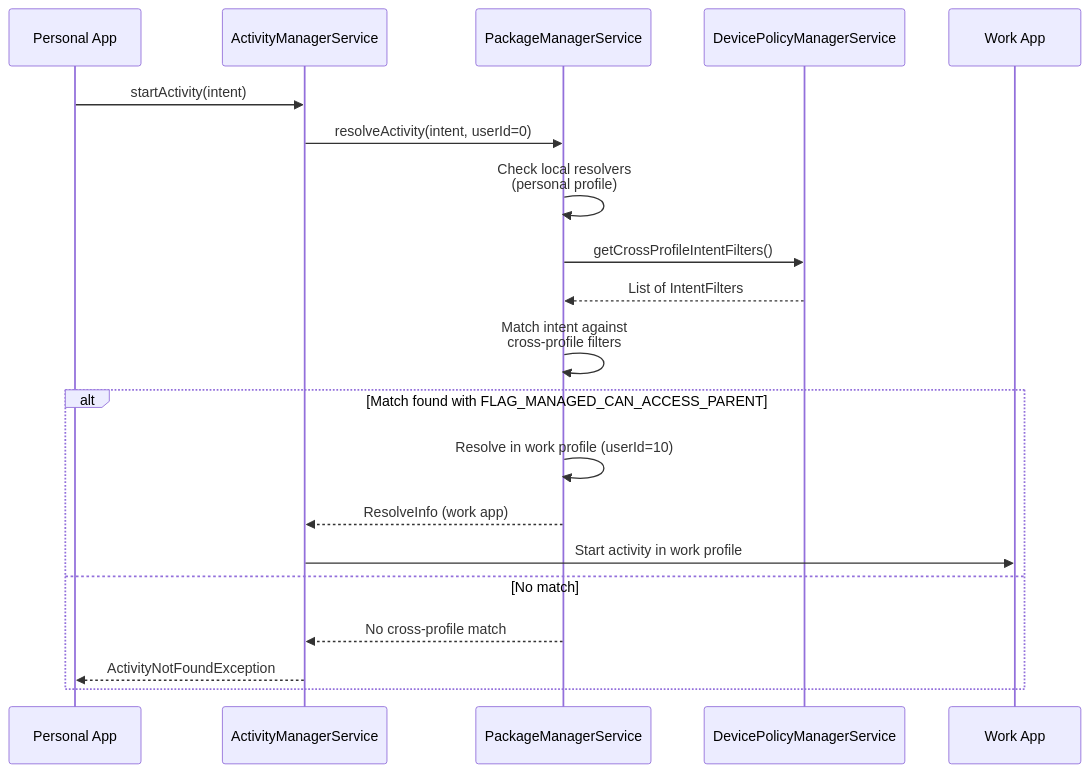
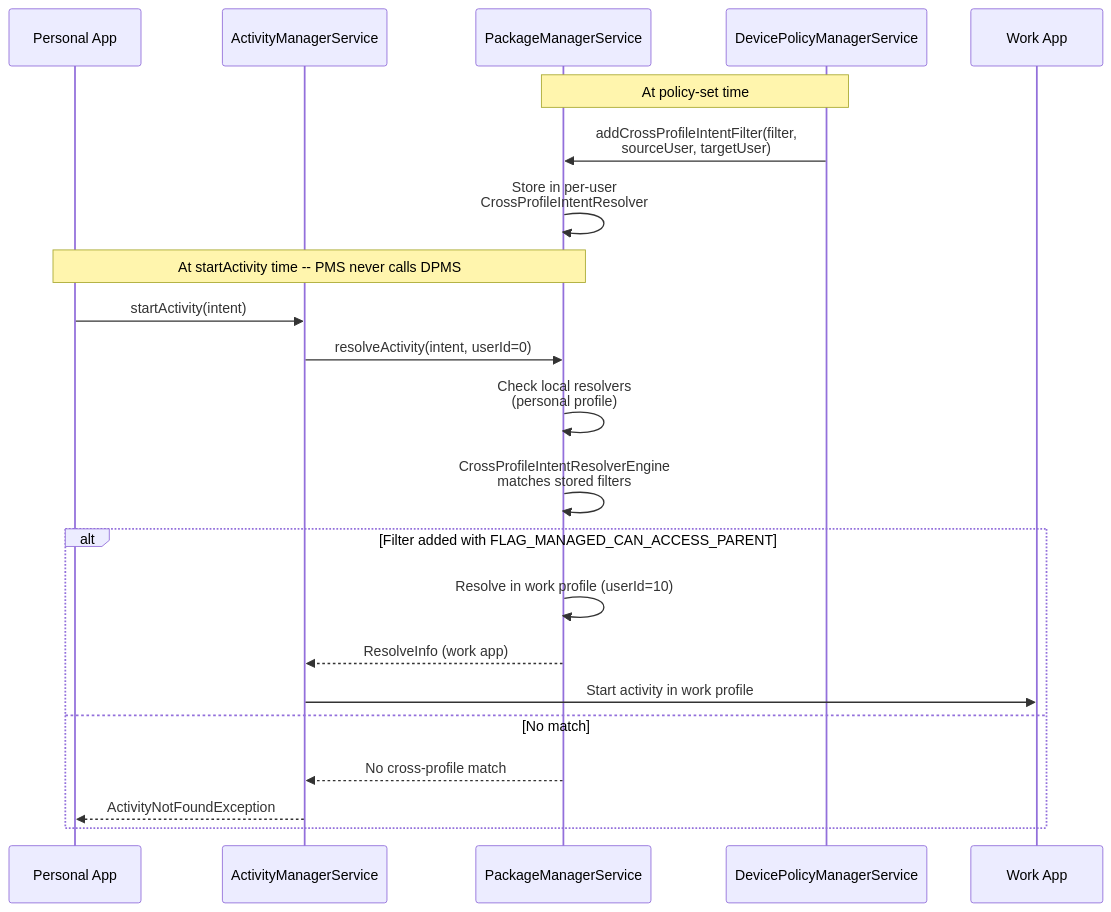
Before and after one commit to aospbooks/aosp-internal-book: diagram 24 of 30 in agents/claude/skills/aosp-device-support/61-device-policy.md, drawn with Mermaid. The commit also changed other lines of this file and 218 other files, not shown here.

First line of the commit message:
Fix accuracy issues across all chapters found by source verification

````diff
--- a/agents/claude/skills/aosp-device-support/61-device-policy.md
+++ b/agents/claude/skills/aosp-device-support/61-device-policy.md
@@ -2506,27 +2540,29 @@
 ```mermaid
 sequenceDiagram
     participant PA as Personal App
     participant AMS as ActivityManagerService
     participant PMS as PackageManagerService
     participant DPMS as DevicePolicyManagerService
     participant WA as Work App
 
+    Note over DPMS,PMS: At policy-set time
+    DPMS->>PMS: addCrossProfileIntentFilter(filter,<br/>sourceUser, targetUser)
+    PMS->>PMS: Store in per-user<br/>CrossProfileIntentResolver
+
+    Note over PA,PMS: At startActivity time -- PMS never calls DPMS
     PA->>AMS: startActivity(intent)
     AMS->>PMS: resolveActivity(intent, userId=0)
 
     PMS->>PMS: Check local resolvers<br/>(personal profile)
 
-    PMS->>DPMS: getCrossProfileIntentFilters()
-    DPMS-->>PMS: List of IntentFilters
+    PMS->>PMS: CrossProfileIntentResolverEngine<br/>matches stored filters
 
-    PMS->>PMS: Match intent against<br/>cross-profile filters
-
-    alt Match found with FLAG_MANAGED_CAN_ACCESS_PARENT
+    alt Filter added with FLAG_MANAGED_CAN_ACCESS_PARENT
         PMS->>PMS: Resolve in work profile (userId=10)
         PMS-->>AMS: ResolveInfo (work app)
         AMS->>WA: Start activity in work profile
     else No match
         PMS-->>AMS: No cross-profile match
         AMS-->>PA: ActivityNotFoundException
     end
 ```
````
